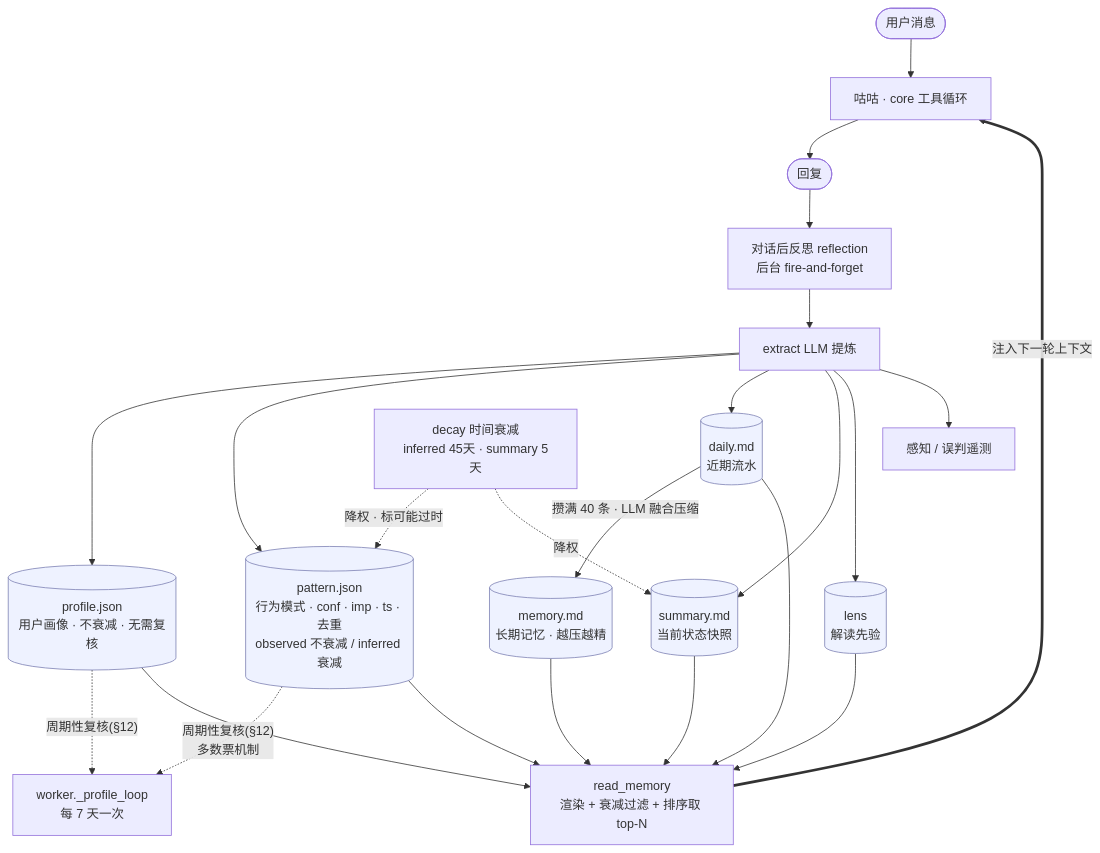
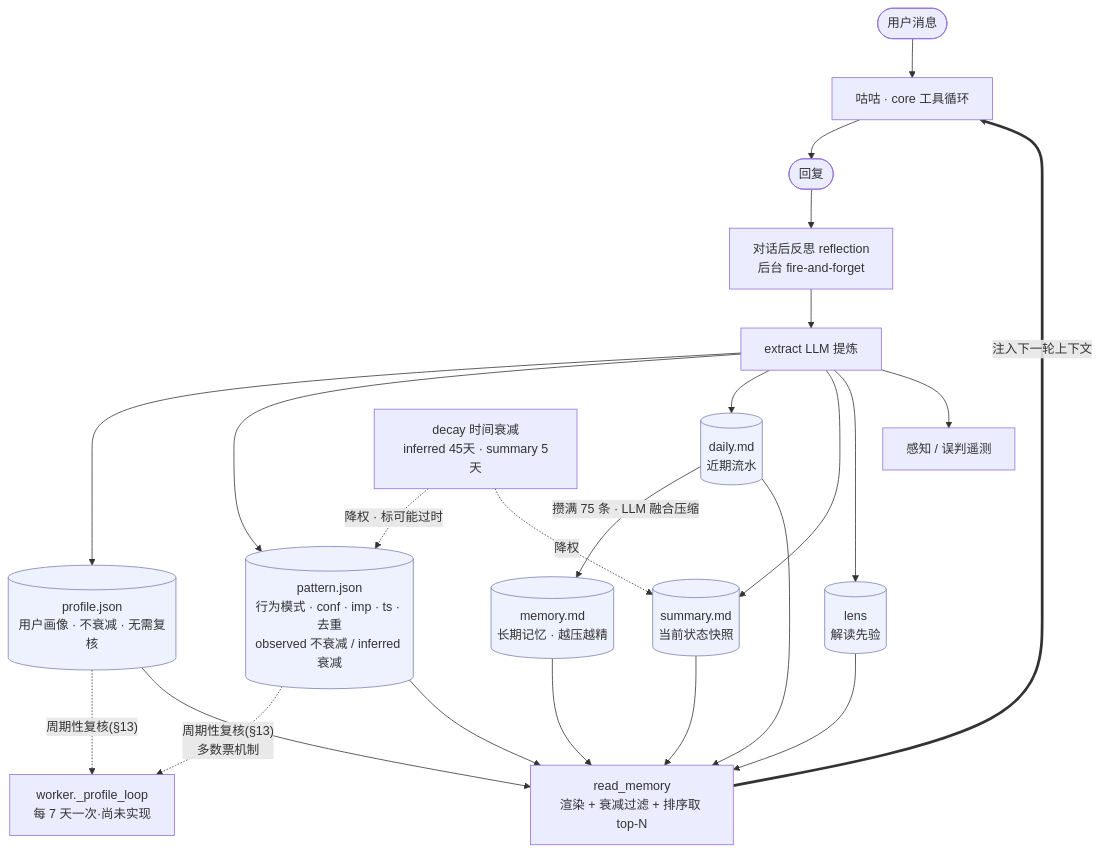
The first of 2 diagrams in docs/agent/11-记忆系统.md (Coffeiz/Gugu-web), drawn with Mermaid before and after one commit. The commit also changed other lines of this file and 2 other files, not shown here.

Commit message:
feat(memory): daily 压缩阈值从 40/30/60 调整为 75/50/95，文档同步更新

````diff
--- a/docs/agent/11-记忆系统.md
+++ b/docs/agent/11-记忆系统.md
@@ -24,31 +24,31 @@
 ```mermaid
 flowchart TB
     U([用户消息]) --> BRAIN[咕咕 · core 工具循环]
     BRAIN --> REPLY([回复])
     READ[read_memory<br/>渲染 + 衰减过滤 + 排序取 top-N] == 注入下一轮上下文 ==> BRAIN
 
     REPLY --> REF[对话后反思 reflection<br/>后台 fire-and-forget]
     REF --> EX[extract LLM 提炼]
     EX --> PROFILE[(profile.json<br/>用户画像 · 不衰减 · 无需复核)]
     EX --> PATTERN[(pattern.json<br/>行为模式 · conf · imp · ts · 去重<br/>observed 不衰减 / inferred 衰减)]
     EX --> DAILY[(daily.md<br/>近期流水)]
     EX --> SUM[(summary.md<br/>当前状态快照)]
     EX --> LENS[(lens<br/>解读先验)]
     EX --> PERC[感知 / 误判遥测]
 
-    DAILY -- 攒满 40 条 · LLM 融合压缩 --> MEM[(memory.md<br/>长期记忆 · 越压越精)]
-    PROFILE -. 周期性复核(§12) .-> PERIODIC[worker._profile_loop<br/>每 7 天一次]
-    PATTERN -. 周期性复核(§12)<br/>多数票机制 .-> PERIODIC
+    DAILY -- 攒满 75 条 · LLM 融合压缩 --> MEM[(memory.md<br/>长期记忆 · 越压越精)]
+    PROFILE -. 周期性复核(§13) .-> PERIODIC[worker._profile_loop<br/>每 7 天一次·尚未实现]
+    PATTERN -. 周期性复核(§13)<br/>多数票机制 .-> PERIODIC
     DECAY[decay 时间衰减<br/>inferred 45天 · summary 5天] -. 降权 · 标可能过时 .-> PATTERN
     DECAY -. 降权 .-> SUM
 
     PROFILE --> READ
     PATTERN --> READ
     MEM --> READ
     DAILY --> READ
     SUM --> READ
     LENS --> READ
 
     classDef store fill:#eef2ff,stroke:#7b7fb2,color:#333;
     class PROFILE,PATTERN,DAILY,MEM,SUM,LENS store;
 ```
````
